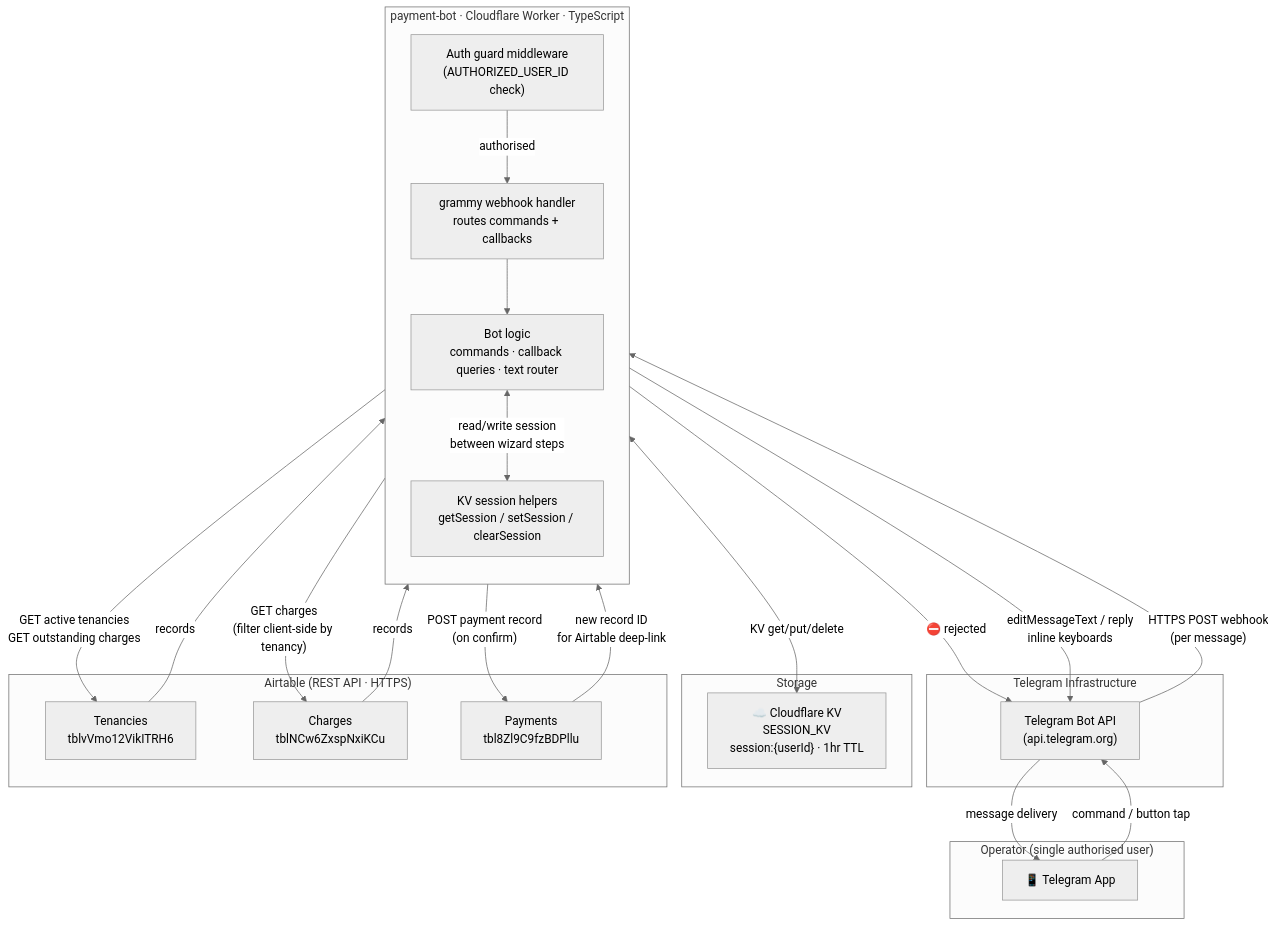
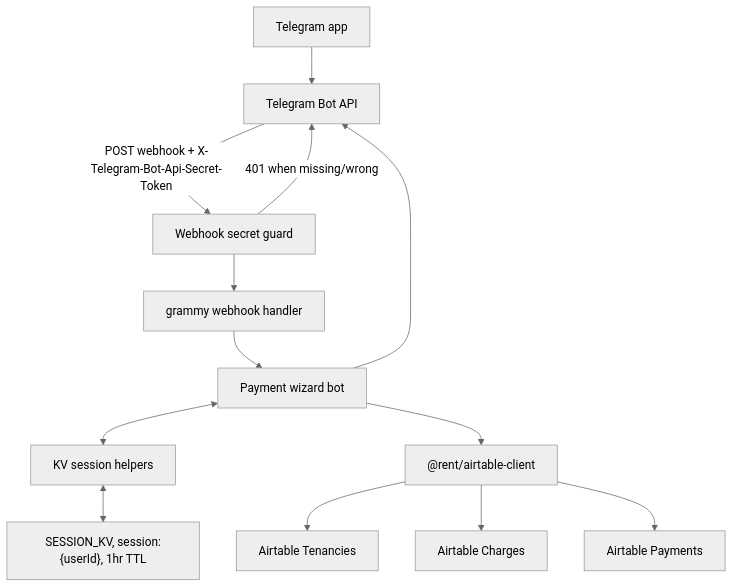
The diagram in payment-worker/README.md (edward-sia/rent-workers), drawn with Mermaid (neutral theme) before and after one commit. The commit also changed other lines of this file and 4 other files, not shown here.

````diff
--- a/payment-worker/README.md
+++ b/payment-worker/README.md
@@ -7,44 +7,15 @@
 ```mermaid
 flowchart TD
-    subgraph User["Operator (single authorised user)"]
-        TG["📱 Telegram App"]
-    end
-
-    subgraph TelegramInfra["Telegram Infrastructure"]
-        TGAPI["Telegram Bot API\n(api.telegram.org)"]
-    end
-
-    subgraph Worker["payment-bot · Cloudflare Worker · TypeScript"]
-        direction TB
-        AUTH["Auth guard middleware\n(AUTHORIZED_USER_ID check)"]
-        GRAMMY["grammy webhook handler\nroutes commands + callbacks"]
-        BOT["Bot logic\ncommands · callback queries · text router"]
-        SESSION["KV session helpers\ngetSession / setSession / clearSession"]
-    end
-
-    subgraph Storage["Storage"]
-        KV["☁️ Cloudflare KV\nSESSION_KV\nsession:{userId} · 1hr TTL"]
-    end
-
-    subgraph Airtable["Airtable (REST API · HTTPS)"]
-        TEN["Tenancies\ntblvVmo12VikITRH6"]
-        CHG["Charges\ntblNCw6ZxspNxiKCu"]
-        PAY["Payments\ntbl8Zl9C9fzBDPllu"]
-    end
-
-    TG -->|"command / button tap"| TGAPI
-    TGAPI -->|"HTTPS POST webhook\n(per message)"| AUTH
-    AUTH -->|"authorised"| GRAMMY
-    AUTH -->|"⛔ rejected"| TGAPI
-    GRAMMY --> BOT
-    BOT <-->|"read/write session\nbetween wizard steps"| SESSION
-    SESSION <-->|"KV get/put/delete"| KV
-    BOT -->|"GET active tenancies\nGET outstanding charges"| TEN
-    BOT -->|"GET charges\n(filter client-side by tenancy)"| CHG
-    TEN -->|"records"| BOT
-    CHG -->|"records"| BOT
-    BOT -->|"POST payment record\n(on confirm)"| PAY
-    PAY -->|"new record ID\nfor Airtable deep-link"| BOT
-    BOT -->|"editMessageText / reply\ninline keyboards"| TGAPI
-    TGAPI -->|"message delivery"| TG
+    TG["Telegram app"] --> TGAPI["Telegram Bot API"]
+    TGAPI -->|"POST webhook + X-Telegram-Bot-Api-Secret-Token"| AUTH["Webhook secret guard"]
+    AUTH -->|"401 when missing/wrong"| TGAPI
+    AUTH --> GRAMMY["grammy webhook handler"]
+    GRAMMY --> BOT["Payment wizard bot"]
+    BOT <--> SESSION["KV session helpers"]
+    SESSION <--> KV["SESSION_KV, session:{userId}, 1hr TTL"]
+    BOT --> CLIENT["@rent/airtable-client"]
+    CLIENT --> TEN["Airtable Tenancies"]
+    CLIENT --> CHG["Airtable Charges"]
+    CLIENT --> PAY["Airtable Payments"]
+    BOT --> TGAPI
 ```
````
